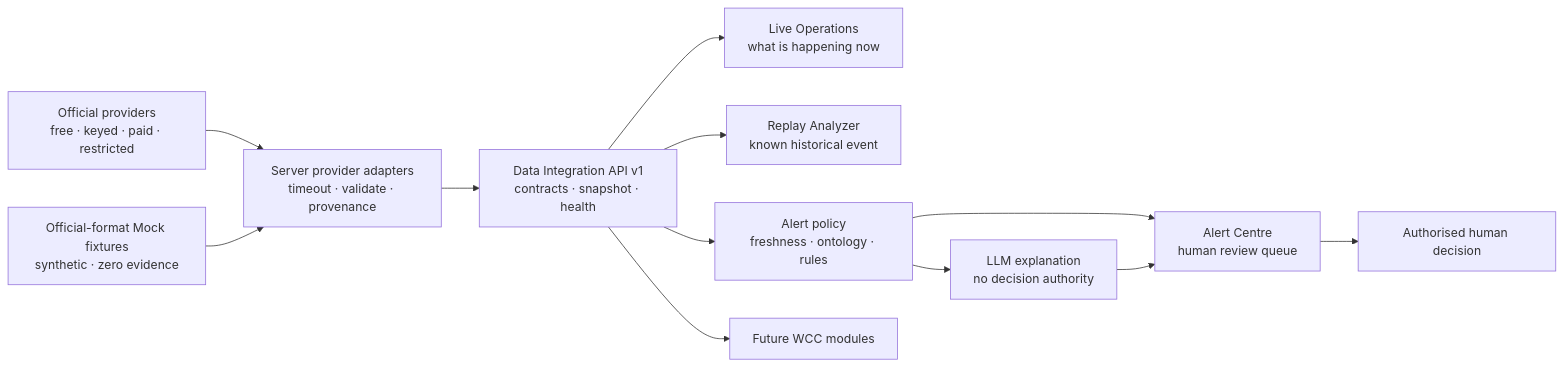
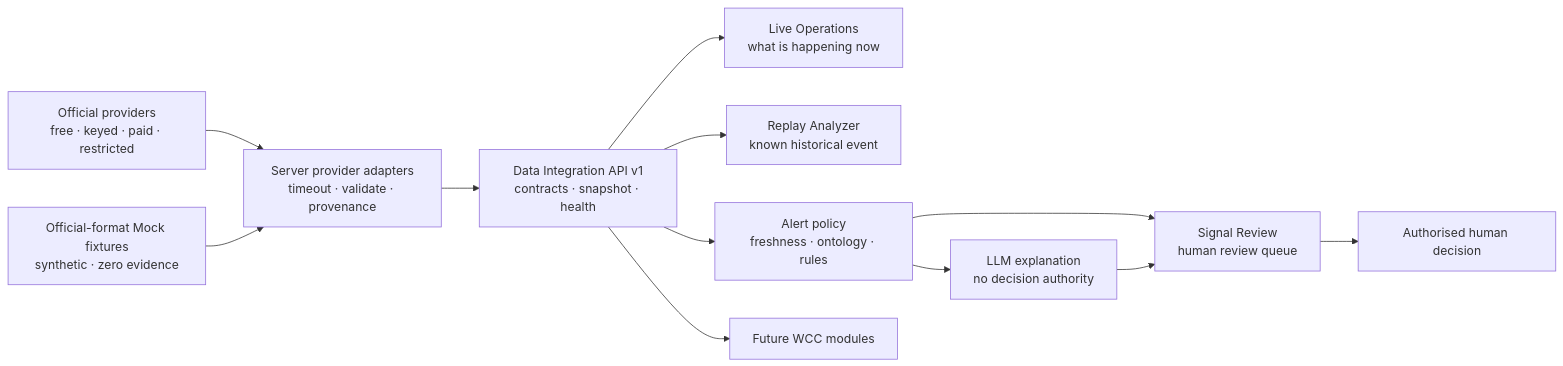
One commit to Asun28/poneke-movement-watch changed the diagram in README.md. Above: the diagram before and after it, drawn with Mermaid. The commit also changed other lines of this file and 13 other files, not shown here.

Commit message:
feat: add signal review workflow

````diff
--- a/README.md
+++ b/README.md
@@ -72,14 +72,14 @@
 ```mermaid
 flowchart LR
     A["Official providers<br/>free · keyed · paid · restricted"] --> B["Server provider adapters<br/>timeout · validate · provenance"]
     M["Official-format Mock fixtures<br/>synthetic · zero evidence"] --> B
     B --> C["Data Integration API v1<br/>contracts · snapshot · health"]
     C --> D["Live Operations<br/>what is happening now"]
     C --> E["Replay Analyzer<br/>known historical event"]
     C --> F["Alert policy<br/>freshness · ontology · rules"]
     C --> G["Future WCC modules"]
     F --> H["LLM explanation<br/>no decision authority"]
-    F --> I["Alert Centre<br/>human review queue"]
+    F --> I["Signal Review<br/>human review queue"]
     H --> I
     I --> J["Authorised human decision"]
 ```
````
